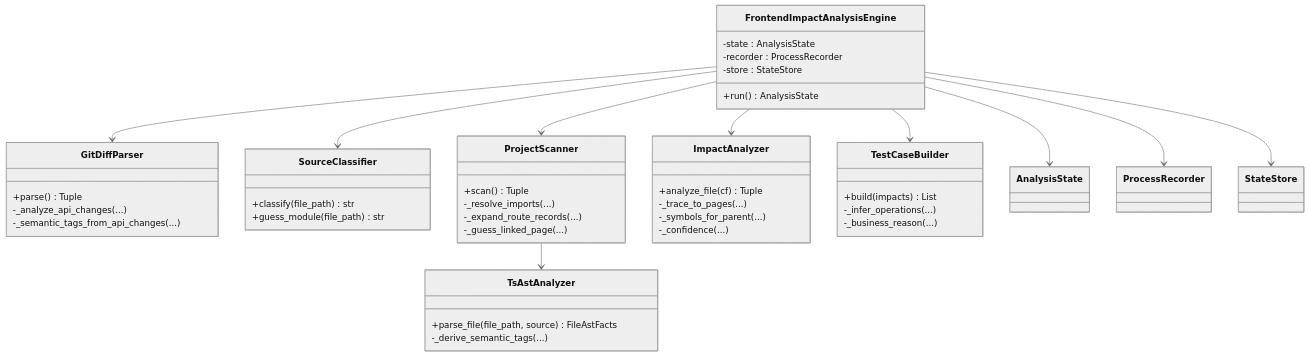
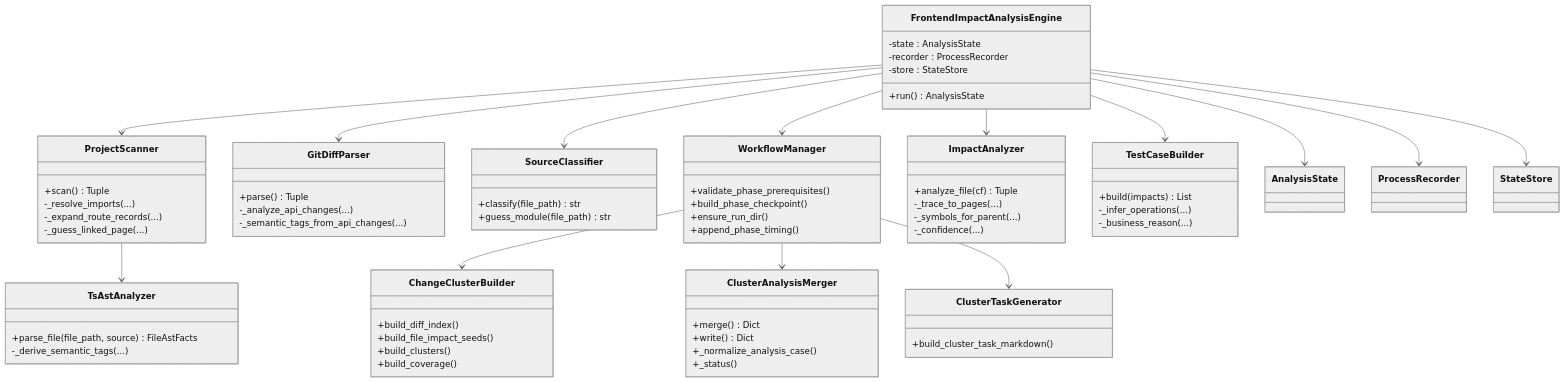
Before and after one commit to brand-new-remo/frontend-impact-analyzer: diagram 12 of 12 in .qoder/repowiki/zh/content/技术架构/技术架构.md, drawn with Mermaid (neutral theme). The commit also changed other lines of this file and 9 other files, not shown here.

````diff
--- a/.qoder/repowiki/zh/content/技术架构/技术架构.md
+++ b/.qoder/repowiki/zh/content/技术架构/技术架构.md
@@ -424,51 +652,76 @@
 ```mermaid
 classDiagram
 class FrontendImpactAnalysisEngine {
 +run() AnalysisState
 -state : AnalysisState
 -recorder : ProcessRecorder
 -store : StateStore
+}
+class WorkflowManager {
++validate_phase_prerequisites()
++build_phase_checkpoint()
++ensure_run_dir()
++append_phase_timing()
 }
 class GitDiffParser {
 +parse() Tuple
 -_analyze_api_changes(...)
 -_semantic_tags_from_api_changes(...)
 }
 class SourceClassifier {
 +classify(file_path) str
 +guess_module(file_path) str
 }
 class ProjectScanner {
 +scan() Tuple
 -_resolve_imports(...)
 -_expand_route_records(...)
 -_guess_linked_page(...)
 }
 class TsAstAnalyzer {
 +parse_file(file_path, source) FileAstFacts
 -_derive_semantic_tags(...)
 }
 class ImpactAnalyzer {
 +analyze_file(cf) Tuple
 -_trace_to_pages(...)
 -_symbols_for_parent(...)
 -_confidence(...)
 }
 class TestCaseBuilder {
 +build(impacts) List
 -_infer_operations(...)
 -_business_reason(...)
 }
+class ChangeClusterBuilder {
++build_diff_index()
++build_file_impact_seeds()
++build_clusters()
++build_coverage()
+}
+class ClusterAnalysisMerger {
++merge() Dict
++write() Dict
++_normalize_analysis_case()
++_status()
+}
+class ClusterTaskGenerator {
++build_cluster_task_markdown()
+}
 class AnalysisState
 class ProcessRecorder
 class StateStore
 FrontendImpactAnalysisEngine --> GitDiffParser
 FrontendImpactAnalysisEngine --> SourceClassifier
 FrontendImpactAnalysisEngine --> ProjectScanner
 FrontendImpactAnalysisEngine --> ImpactAnalyzer
 FrontendImpactAnalysisEngine --> TestCaseBuilder
 FrontendImpactAnalysisEngine --> AnalysisState
 FrontendImpactAnalysisEngine --> ProcessRecorder
 FrontendImpactAnalysisEngine --> StateStore
+FrontendImpactAnalysisEngine --> WorkflowManager
 ProjectScanner --> TsAstAnalyzer
+WorkflowManager --> ChangeClusterBuilder
+WorkflowManager --> ClusterAnalysisMerger
+WorkflowManager --> ClusterTaskGenerator
 ```
````
